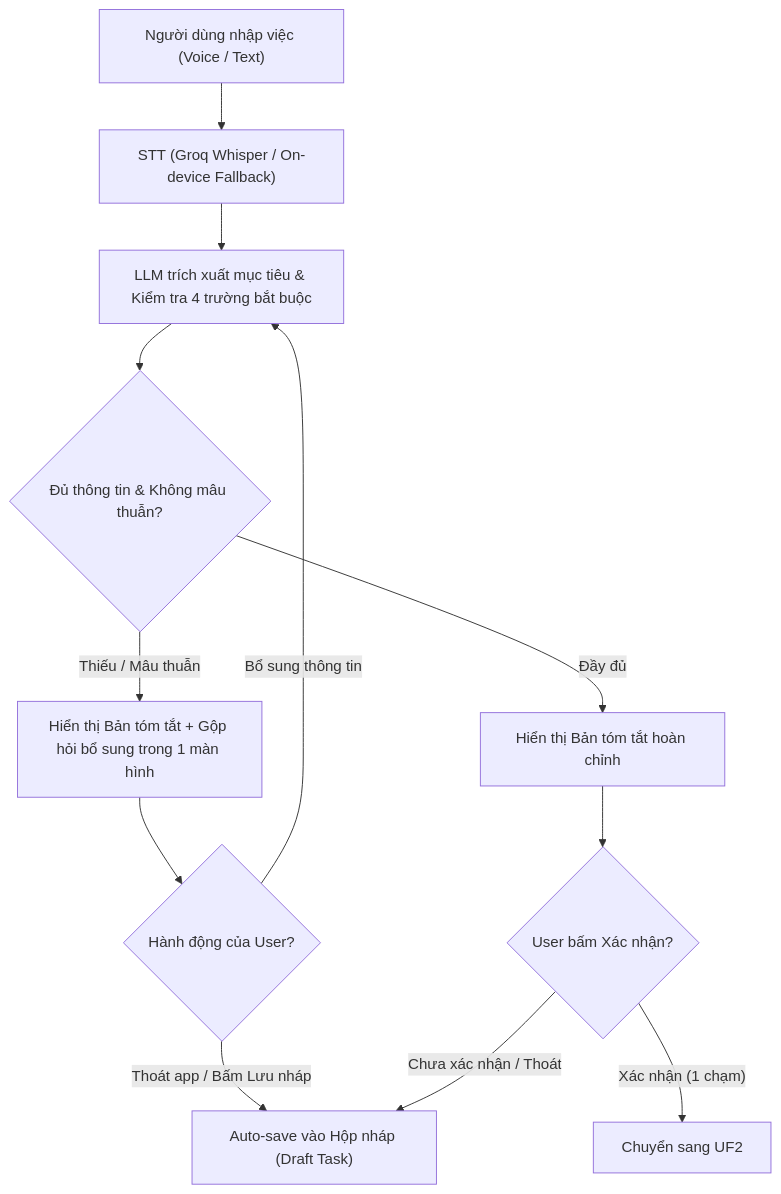
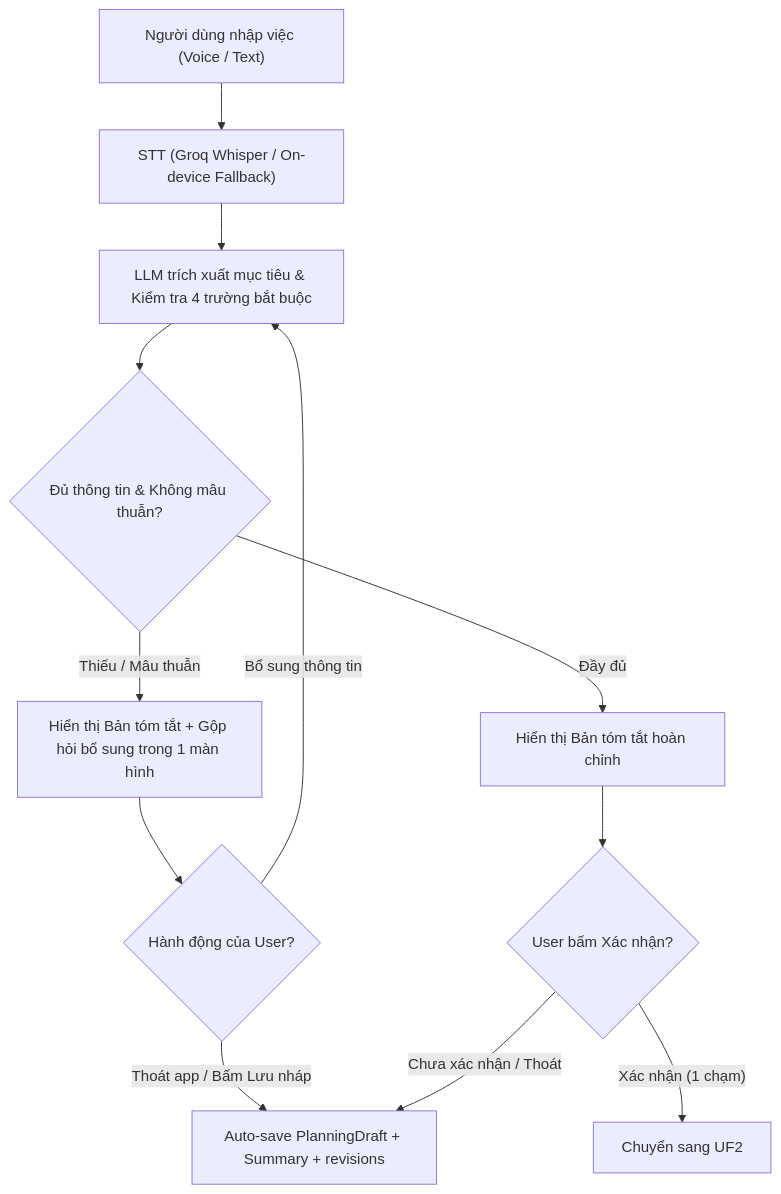
Before and after one commit to hmintrun/virtual-assistant-for-ADHD: the third of 6 diagrams in Project.md, drawn with Mermaid. The commit also changed other lines of this file and 12 other files, not shown here.

````diff
--- a/Project.md
+++ b/Project.md
@@ -269,14 +223,14 @@
 ```mermaid
 flowchart TD
     A["Người dùng nhập việc (Voice / Text)"] --> B["STT (Groq Whisper / On-device Fallback)"]
     B --> C["LLM trích xuất mục tiêu & Kiểm tra 4 trường bắt buộc"]
     C --> D{"Đủ thông tin & Không mâu thuẫn?"}
     D -->|"Thiếu / Mâu thuẫn"| E["Hiển thị Bản tóm tắt + Gộp hỏi bổ sung trong 1 màn hình"]
     E --> F{"Hành động của User?"}
-    F -->|"Thoát app / Bấm Lưu nháp"| G["Auto-save vào Hộp nháp (Draft Task)"]
+    F -->|"Thoát app / Bấm Lưu nháp"| G["Auto-save PlanningDraft + Summary + revisions"]
     F -->|"Bổ sung thông tin"| C
     D -->|"Đầy đủ"| H["Hiển thị Bản tóm tắt hoàn chỉnh"]
     H --> I{"User bấm Xác nhận?"}
     I -->|"Chưa xác nhận / Thoát"| G
     I -->|"Xác nhận (1 chạm)"| J["Chuyển sang UF2"]
 ```
````
